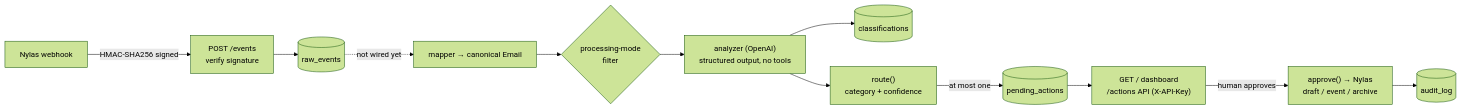
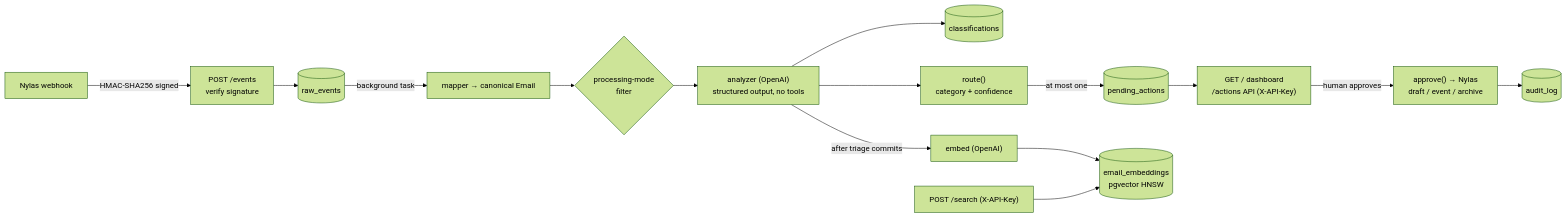
The diagram in README.md (Ehsan-Ghoreishi/inboxpilot), drawn with Mermaid (forest theme) before and after one commit. The commit also changed other lines of this file and 10 other files, not shown here.

First line of the commit message:
feat(search): POST /search semantic email search over pgvector

````diff
--- a/README.md
+++ b/README.md
@@ -21,14 +23,17 @@
 ```mermaid
 flowchart LR
     N[Nylas webhook] -->|"HMAC-SHA256 signed"| W["POST /events<br/>verify signature"]
     W --> R[(raw_events)]
-    R -.->|"not wired yet"| M["mapper → canonical Email"]
+    R -->|"background task"| M["mapper → canonical Email"]
     M --> F{processing-mode<br/>filter}
     F --> A["analyzer (OpenAI)<br/>structured output, no tools"]
     A --> C[(classifications)]
     A --> RT["route()<br/>category + confidence"]
     RT -->|"at most one"| P[(pending_actions)]
     P --> UI["GET / dashboard<br/>/actions API (X-API-Key)"]
     UI -->|"human approves"| X["approve() → Nylas<br/>draft / event / archive"]
     X --> L[(audit_log)]
+    A -->|"after triage commits"| E["embed (OpenAI)"]
+    E --> V[(email_embeddings<br/>pgvector HNSW)]
+    Q["POST /search (X-API-Key)"] --> V
 ```
````
